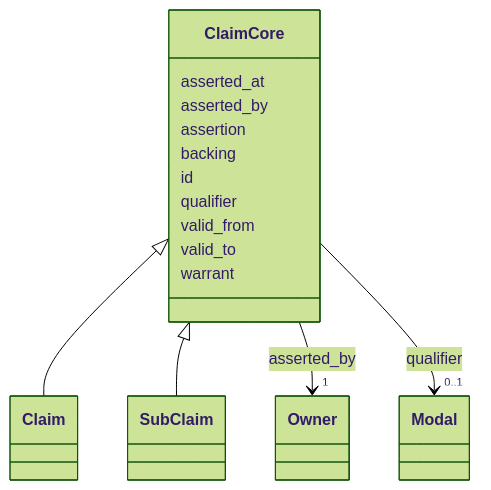
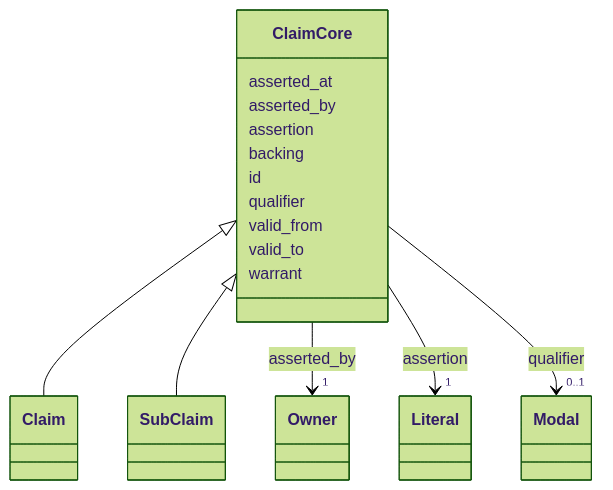
One commit to matthiasautrata/llm-policy-reasoning changed the diagram in spikes/v3/v3a-prolog/linkml/docs/schema/ClaimCore.md. Above: the diagram before and after it, drawn with Mermaid (forest theme). The commit also changed other lines of this file and 54 other files, not shown here.

````diff
--- a/spikes/v3/v3a-prolog/linkml/docs/schema/ClaimCore.md
+++ b/spikes/v3/v3a-prolog/linkml/docs/schema/ClaimCore.md
@@ -25,47 +25,56 @@
 ```mermaid
  classDiagram
     class ClaimCore
     click ClaimCore href "../ClaimCore/"
       ClaimCore <|-- Claim
         click Claim href "../Claim/"
       ClaimCore <|-- SubClaim
         click SubClaim href "../SubClaim/"
       
       ClaimCore : asserted_at
         
       ClaimCore : asserted_by
         
           
     
         
         
         ClaimCore --> "1" Owner : asserted_by
         click Owner href "../Owner/"
     
 
         
       ClaimCore : assertion
         
+          
+    
+        
+        
+        ClaimCore --> "1" Literal : assertion
+        click Literal href "../Literal/"
+    
+
+        
       ClaimCore : backing
         
       ClaimCore : id
         
       ClaimCore : qualifier
         
           
     
         
         
         ClaimCore --> "0..1" Modal : qualifier
         click Modal href "../Modal/"
     
 
         
       ClaimCore : valid_from
         
       ClaimCore : valid_to
         
       ClaimCore : warrant
         
       
 ```
````
